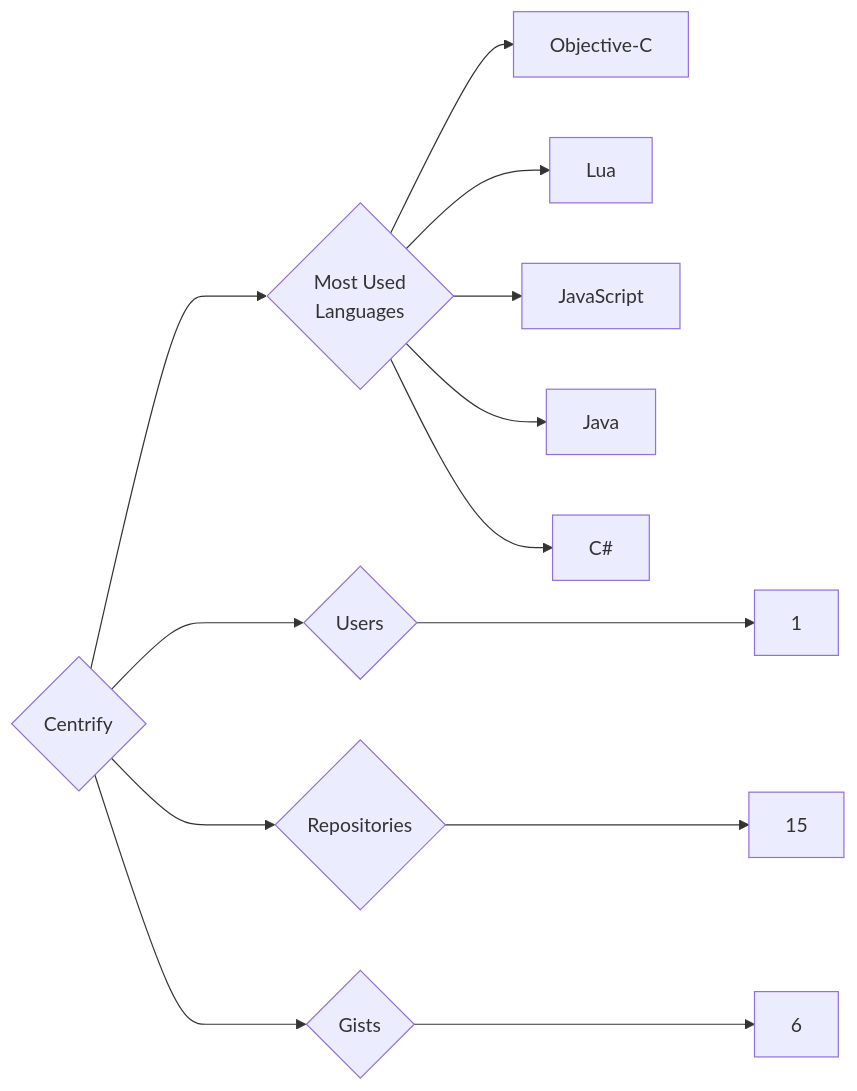
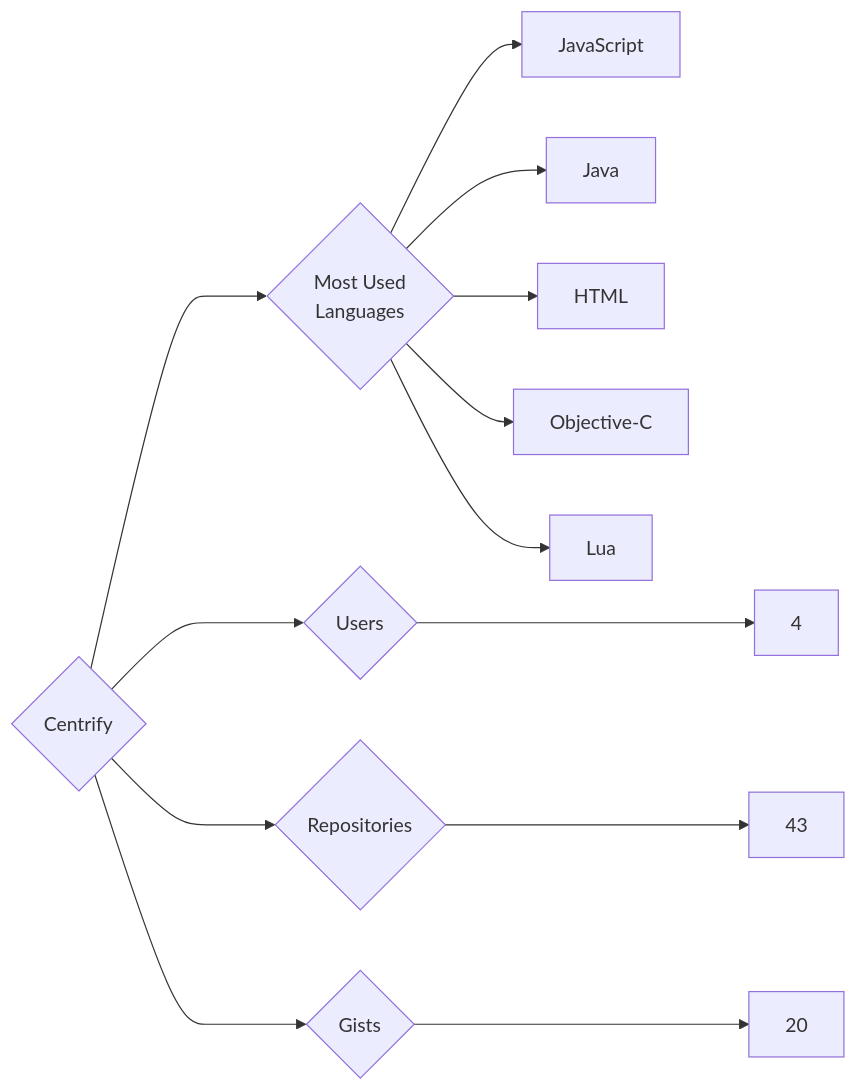
One commit to trickest/insiders changed the diagram in targets/Centrify/README.md. Above: the diagram before and after it, drawn with Mermaid. The commit also changed 1078 other files, not shown here.

````diff
--- a/targets/Centrify/README.md
+++ b/targets/Centrify/README.md
@@ -3,13 +3,13 @@
 ```mermaid
 graph LR
 COMPANY_NAME{Centrify}
-COMPANY_NAME ---> U{Users} ---> UN[1]
-COMPANY_NAME ---> R{Repositories} ---> RN[15]
-COMPANY_NAME ---> G{Gists} ---> GN[6]
+COMPANY_NAME ---> U{Users} ---> UN[4]
+COMPANY_NAME ---> R{Repositories} ---> RN[43]
+COMPANY_NAME ---> G{Gists} ---> GN[20]
 COMPANY_NAME ---> ML{Most Used<br>Languages}
+ML --> JavaScript[JavaScript]
+ML --> Java[Java]
+ML --> HTML[HTML]
 ML --> Objective-C[Objective-C]
 ML --> Lua[Lua]
-ML --> JavaScript[JavaScript]
-ML --> Java[Java]
-ML --> C#[C#]
 ```
````
